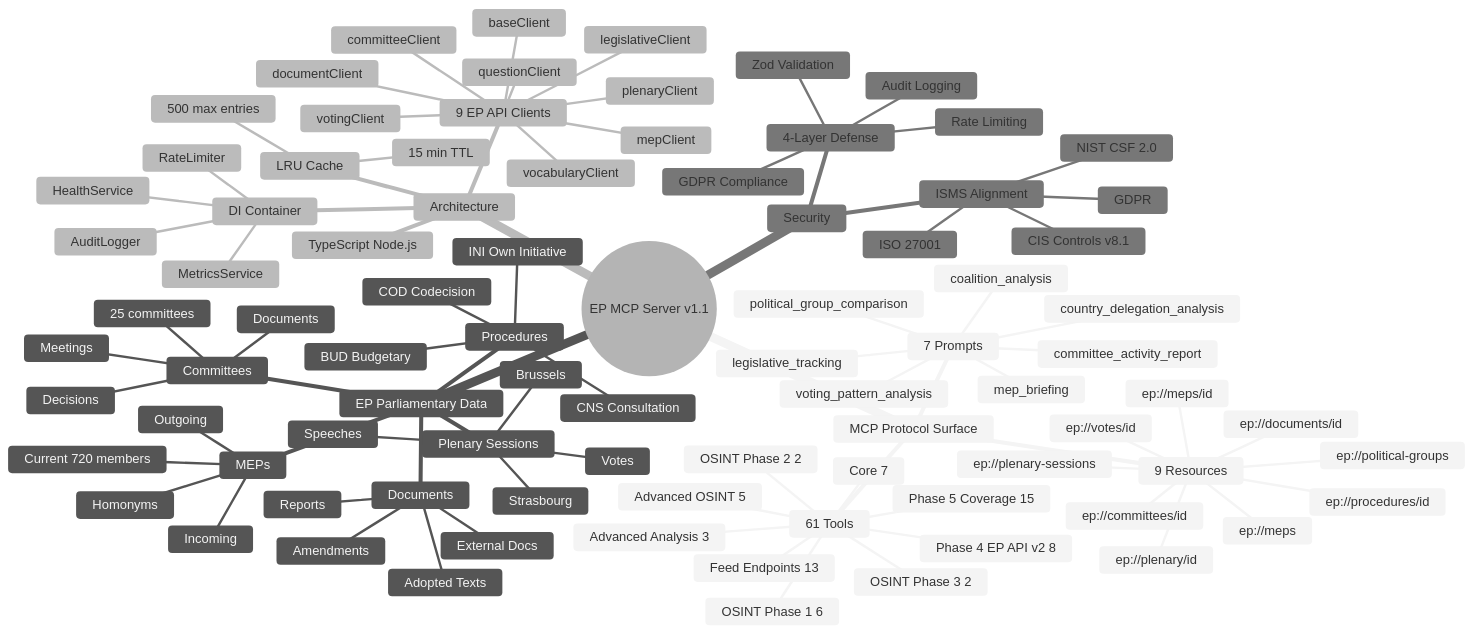
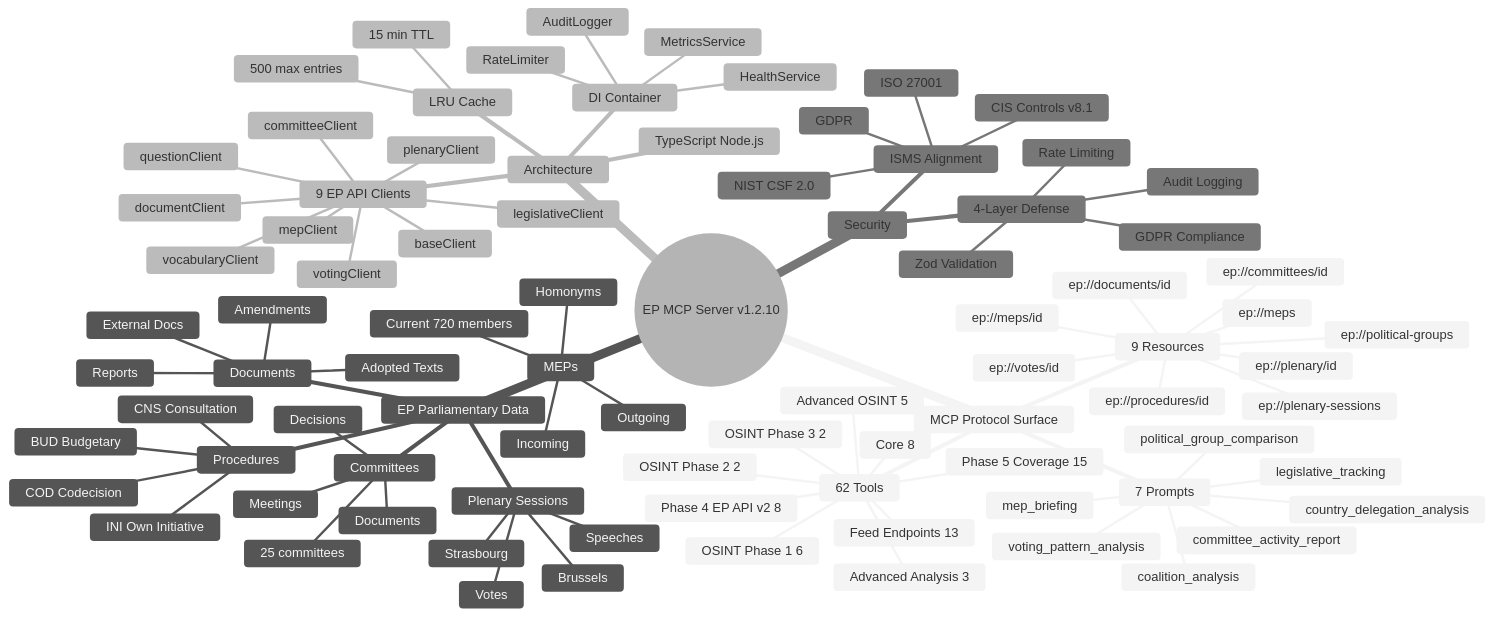
The first of 5 diagrams in MINDMAP.md (Hack23/European-Parliament-MCP-Server), drawn with Mermaid (neutral theme) before and after one commit. The commit also changed other lines of this file and 12 other files, not shown here.

````diff
--- a/MINDMAP.md
+++ b/MINDMAP.md
@@ -55,9 +55,9 @@
 ```mermaid
 mindmap
-  root((EP MCP Server v1.1))
+  root((EP MCP Server v1.2.10))
     MCP Protocol Surface
-      61 Tools
-        Core 7
+      62 Tools
+        Core 8
         Advanced Analysis 3
         OSINT Phase 1 6
         OSINT Phase 2 2
````
